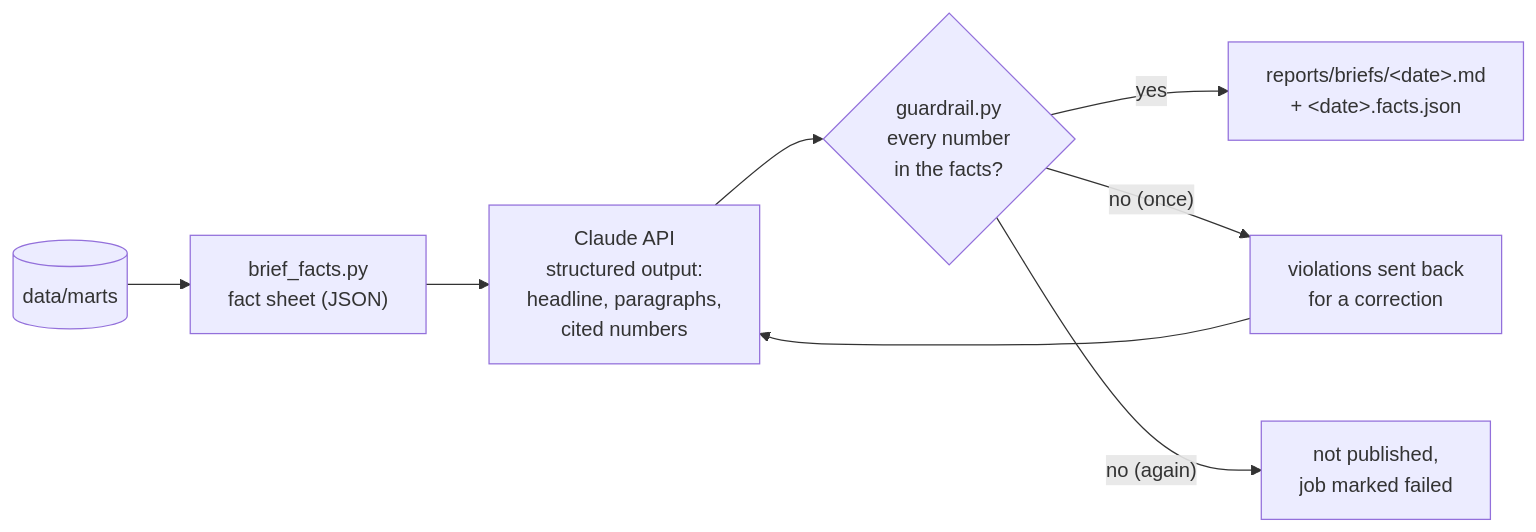
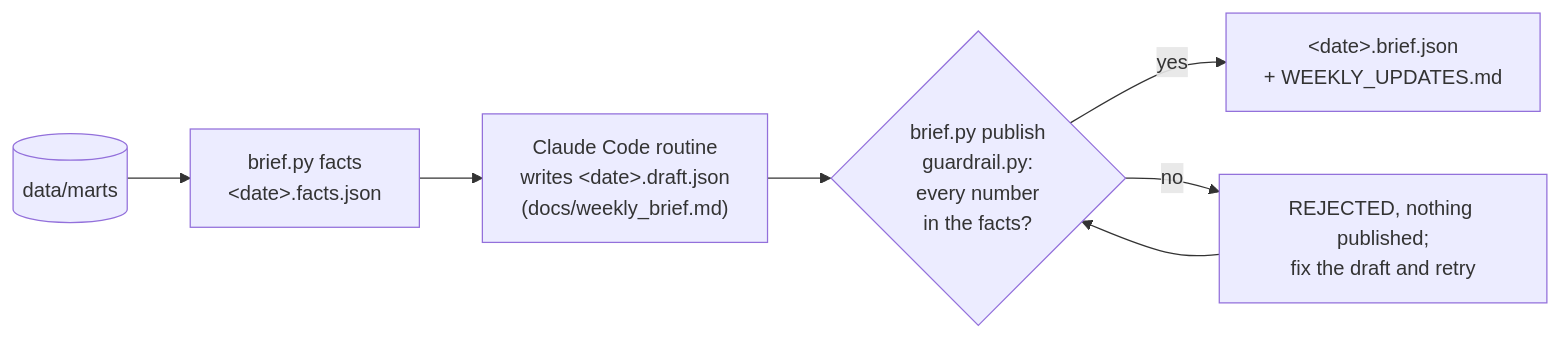
Before and after one commit to hakan-ay/student-cost-of-living: the second of 2 diagrams in README.md, drawn with Mermaid. The commit also changed other lines of this file and 12 other files, not shown here.

First line of the commit message:
W4: weekly brief via Claude Code routine instead of the Claude API

````diff
--- a/README.md
+++ b/README.md
@@ -175,9 +178,8 @@
 ```mermaid
 flowchart LR
-    M[(data/marts)] --> F["brief_facts.py<br/>fact sheet (JSON)"]
-    F --> C["Claude API<br/>structured output:<br/>headline, paragraphs,<br/>cited numbers"]
-    C --> G{"guardrail.py<br/>every number<br/>in the facts?"}
-    G -- yes --> P["reports/briefs/&lt;date&gt;.md<br/>+ &lt;date&gt;.facts.json"]
-    G -- "no (once)" --> R["violations sent back<br/>for a correction"] --> C
-    G -- "no (again)" --> X["not published,<br/>job marked failed"]
+    M[(data/marts)] --> F["brief.py facts<br/>&lt;date&gt;.facts.json"]
+    F --> W["Claude Code routine<br/>writes &lt;date&gt;.draft.json<br/>(docs/weekly_brief.md)"]
+    W --> G{"brief.py publish<br/>guardrail.py:<br/>every number<br/>in the facts?"}
+    G -- yes --> P["&lt;date&gt;.brief.json<br/>+ WEEKLY_UPDATES.md"]
+    G -- no --> R["REJECTED, nothing published;<br/>fix the draft and retry"] --> G
 ```
````
